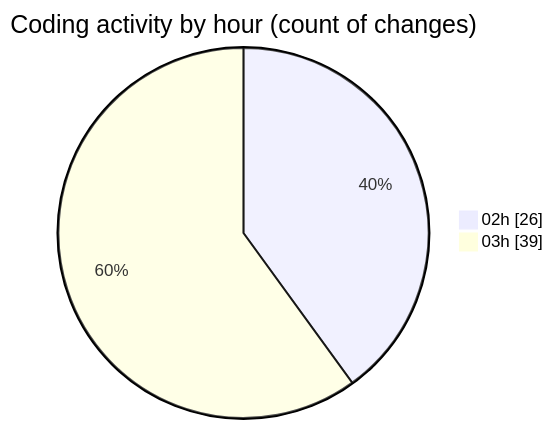
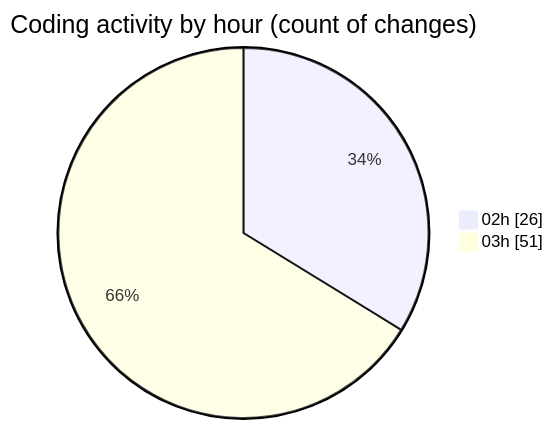
The second of 2 diagrams in 2025-02-22/micros/README.md (charlie-sans/code-tracking), drawn with Mermaid before and after one commit. The commit also changed other lines of this file and 1 other file, not shown here.

````diff
--- a/2025-02-22/micros/README.md
+++ b/2025-02-22/micros/README.md
@@ -42,6 +47,6 @@
 ```mermaid
 pie showData
 title Coding activity by hour (count of changes)
 "02h" : 26
-"03h" : 39
+"03h" : 51
 ```
````
